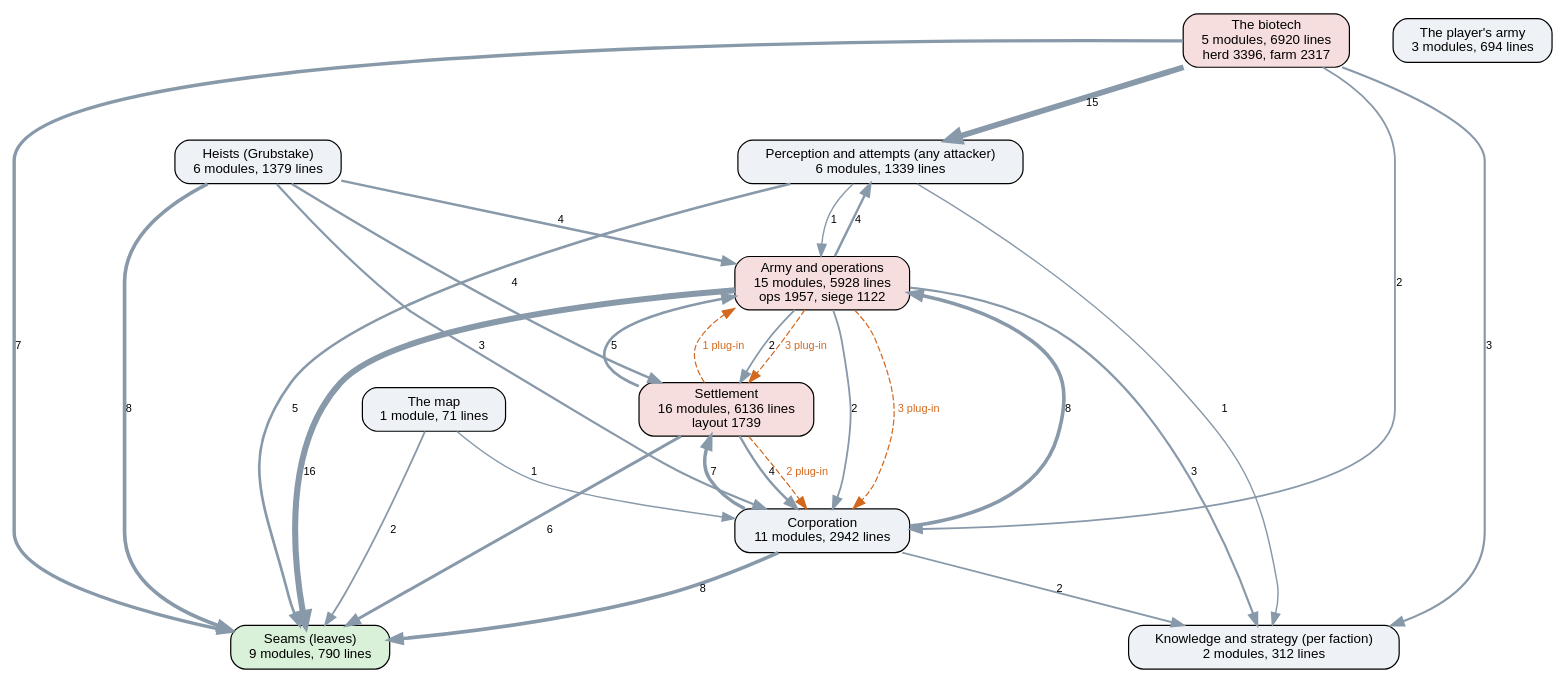
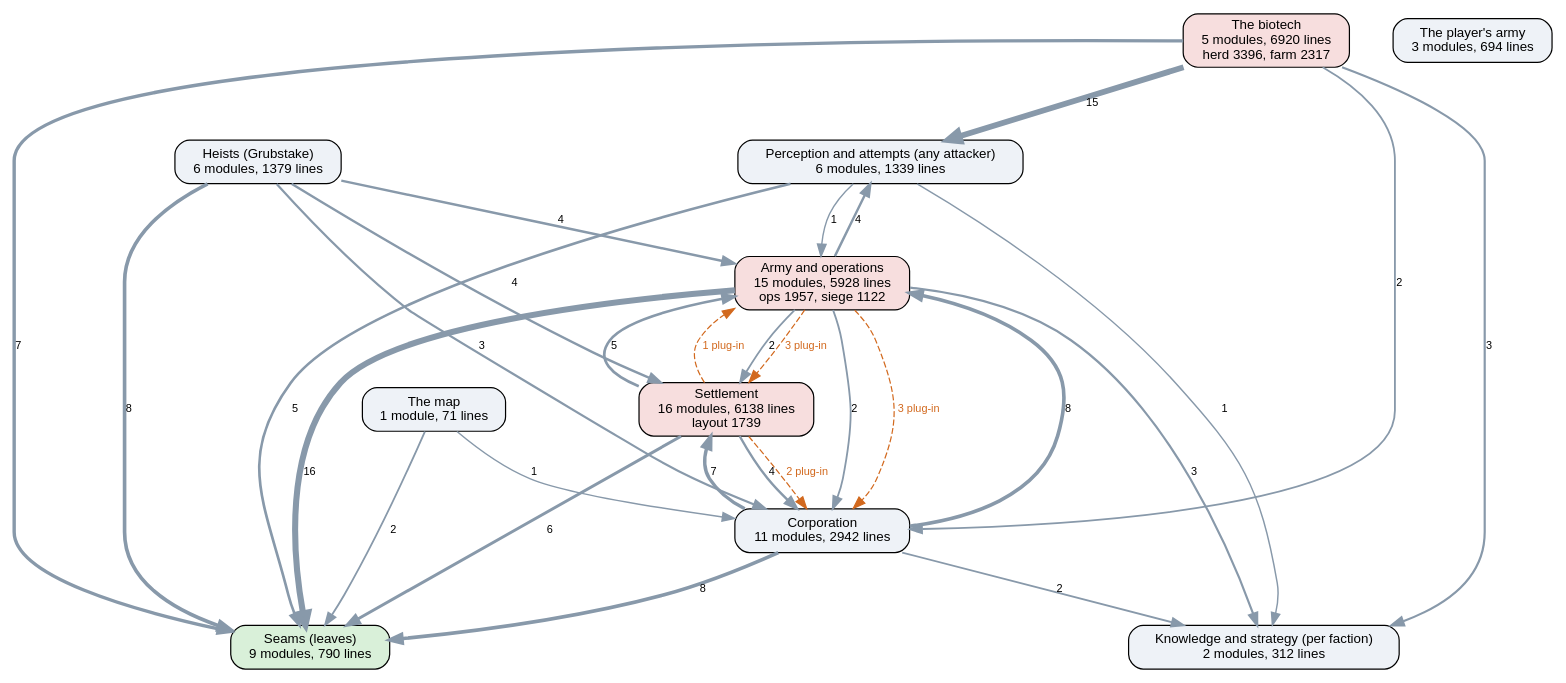
The diagram in docs/ai-layers.dot (kinelhu/landing-party), drawn with Graphviz before and after one commit. The commit also changed 10 other files, not shown here.

```diff
--- a/docs/ai-layers.dot
+++ b/docs/ai-layers.dot
@@ -1,44 +1,44 @@
 digraph layers {
   graph [rankdir=TB, fontname="Helvetica", nodesep=0.5, ranksep=0.7];
   node [shape=box, style="rounded,filled", fontname="Helvetica", fontsize=11, fillcolor="#eef2f7"];
   edge [color="#8899aa", fontname="Helvetica", fontsize=9];
   "Seams (leaves)" [label="Seams (leaves)\n9 modules, 790 lines", fillcolor="#d9f0d9"];
   "Perception and attempts (any attacker)" [label="Perception and attempts (any attacker)\n6 modules, 1339 lines", fillcolor="#eef2f7"];
   "Knowledge and strategy (per faction)" [label="Knowledge and strategy (per faction)\n2 modules, 312 lines", fillcolor="#eef2f7"];
   "Corporation" [label="Corporation\n11 modules, 2942 lines", fillcolor="#eef2f7"];
-  "Settlement" [label="Settlement\n16 modules, 6136 lines\nlayout 1739", fillcolor="#f7dede"];
+  "Settlement" [label="Settlement\n16 modules, 6138 lines\nlayout 1739", fillcolor="#f7dede"];
   "Army and operations" [label="Army and operations\n15 modules, 5928 lines\nops 1957, siege 1122", fillcolor="#f7dede"];
   "Heists (Grubstake)" [label="Heists (Grubstake)\n6 modules, 1379 lines", fillcolor="#eef2f7"];
   "The biotech" [label="The biotech\n5 modules, 6920 lines\nherd 3396, farm 2317", fillcolor="#f7dede"];
   "The map" [label="The map\n1 module, 71 lines", fillcolor="#eef2f7"];
   "The player's army" [label="The player's army\n3 modules, 694 lines", fillcolor="#eef2f7"];
   "Army and operations" -> "Corporation" [label="2", penwidth=1.5];
   "Army and operations" -> "Knowledge and strategy (per faction)" [label="3", penwidth=1.8];
   "Army and operations" -> "Perception and attempts (any attacker)" [label="4", penwidth=2.0];
   "Army and operations" -> "Seams (leaves)" [label="16", penwidth=5.0];
   "Army and operations" -> "Settlement" [label="2", penwidth=1.5];
   "Corporation" -> "Army and operations" [label="8", penwidth=3.0];
   "Corporation" -> "Knowledge and strategy (per faction)" [label="2", penwidth=1.5];
   "Corporation" -> "Seams (leaves)" [label="8", penwidth=3.0];
   "Corporation" -> "Settlement" [label="7", penwidth=2.8];
   "Heists (Grubstake)" -> "Army and operations" [label="4", penwidth=2.0];
   "Heists (Grubstake)" -> "Corporation" [label="3", penwidth=1.8];
   "Heists (Grubstake)" -> "Seams (leaves)" [label="8", penwidth=3.0];
   "Heists (Grubstake)" -> "Settlement" [label="4", penwidth=2.0];
   "Perception and attempts (any attacker)" -> "Army and operations" [label="1", penwidth=1.2];
   "Perception and attempts (any attacker)" -> "Knowledge and strategy (per faction)" [label="1", penwidth=1.2];
   "Perception and attempts (any attacker)" -> "Seams (leaves)" [label="5", penwidth=2.2];
   "Settlement" -> "Army and operations" [label="5", penwidth=2.2];
   "Settlement" -> "Corporation" [label="4", penwidth=2.0];
   "Settlement" -> "Seams (leaves)" [label="6", penwidth=2.5];
   "The biotech" -> "Corporation" [label="2", penwidth=1.5];
   "The biotech" -> "Knowledge and strategy (per faction)" [label="3", penwidth=1.8];
   "The biotech" -> "Perception and attempts (any attacker)" [label="15", penwidth=4.8];
   "The biotech" -> "Seams (leaves)" [label="7", penwidth=2.8];
   "The map" -> "Corporation" [label="1", penwidth=1.2];
   "The map" -> "Seams (leaves)" [label="2", penwidth=1.5];
   "Army and operations" -> "Corporation" [style=dashed, color="#d2691e", fontcolor="#d2691e", label="3 plug-in"];
   "Army and operations" -> "Settlement" [style=dashed, color="#d2691e", fontcolor="#d2691e", label="3 plug-in"];
   "Settlement" -> "Army and operations" [style=dashed, color="#d2691e", fontcolor="#d2691e", label="1 plug-in"];
   "Settlement" -> "Corporation" [style=dashed, color="#d2691e", fontcolor="#d2691e", label="2 plug-in"];
 }
```
